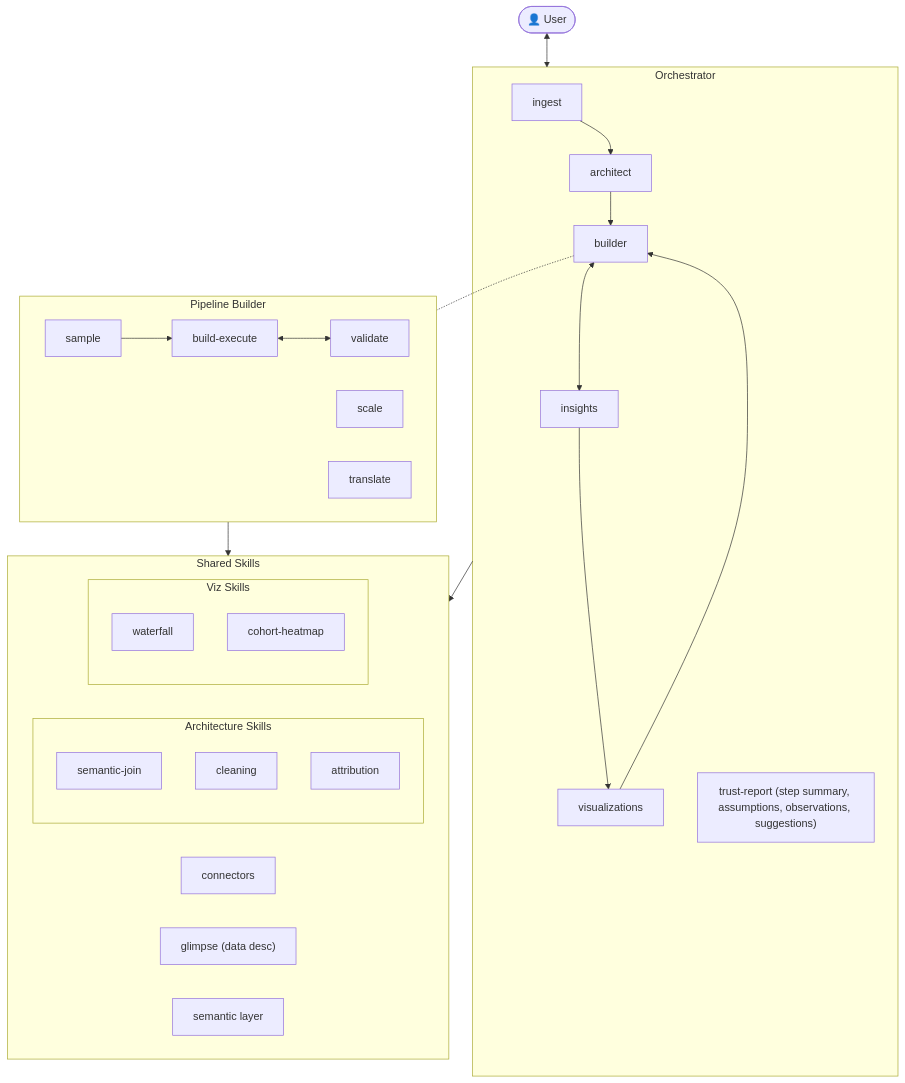
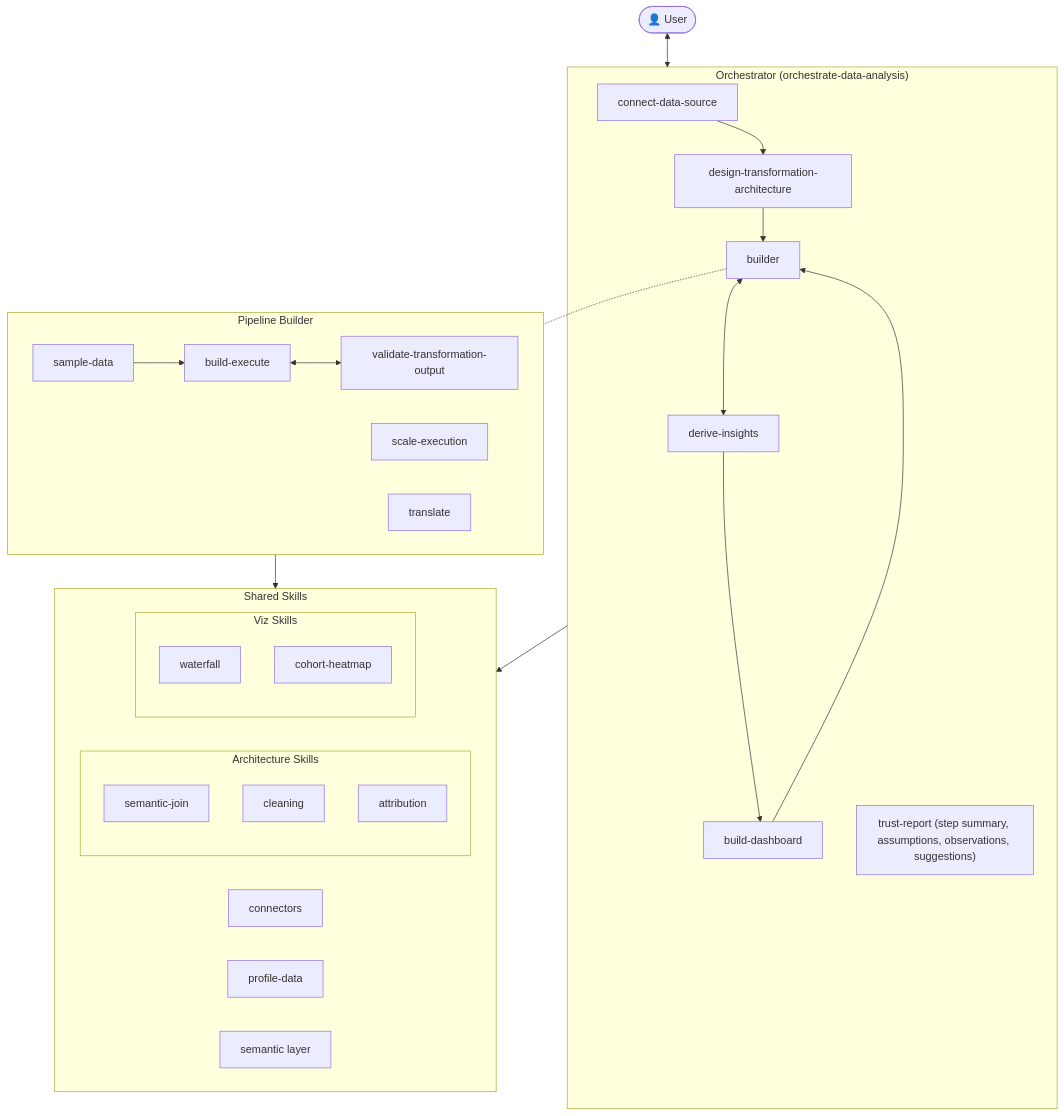
The diagram in yorph-data-analyst/docs/mermaid.md (YorphAI/plugin-marketplace), drawn with Mermaid before and after one commit. The commit also changed 20 other files, not shown here.

````diff
--- a/yorph-data-analyst/docs/mermaid.md
+++ b/yorph-data-analyst/docs/mermaid.md
@@ -1,45 +1,45 @@
 ```mermaid
 flowchart TD
     User(["👤 User"])
 
-    subgraph ORC["Orchestrator"]
-        Ingest["ingest"]
-        Architect["architect"]
+    subgraph ORC["Orchestrator (orchestrate-data-analysis)"]
+        Ingest["connect-data-source"]
+        Architect["design-transformation-architecture"]
         Build["builder"]
-        Insights["insights"]
-        Viz["visualizations"]
+        Insights["derive-insights"]
+        Viz["build-dashboard"]
         Trust["trust-report (step summary, assumptions, observations, suggestions)"]
     end
 
     subgraph PB["Pipeline Builder"]
-        Sample["sample"]
+        Sample["sample-data"]
         BX["build-execute"]
-        Validate["validate"]
-        Scale["scale"]
+        Validate["validate-transformation-output"]
+        Scale["scale-execution"]
         Translate["translate"]
     end
 
     subgraph SH["Shared Skills"]
         CN["connectors"]
-        GL["glimpse (data desc)"]
+        GL["profile-data"]
         SL["semantic layer"]
         subgraph AS["Architecture Skills"]
             SJ["semantic-join"]
             CL["cleaning"]
             AT["attribution"]
         end
         subgraph VS["Viz Skills"]
             WF["waterfall"]
             CH["cohort-heatmap"]
         end
     end
 
     User <--> ORC
     Ingest --> Architect --> Build <--> Insights
     Build -.- PB
     ORC --> SH
     PB --> SH
     Sample --> BX <--> Validate
     Insights --> Viz
     Viz --> Build
 ```
````
